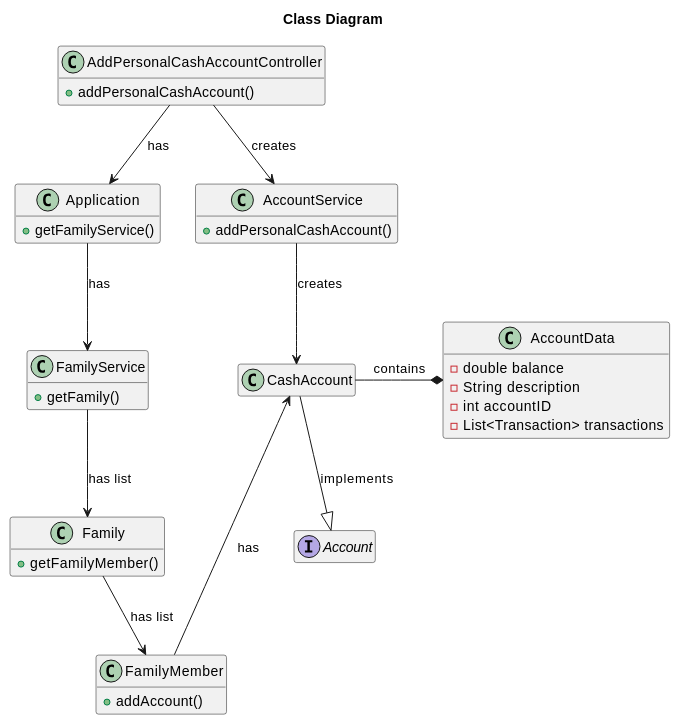
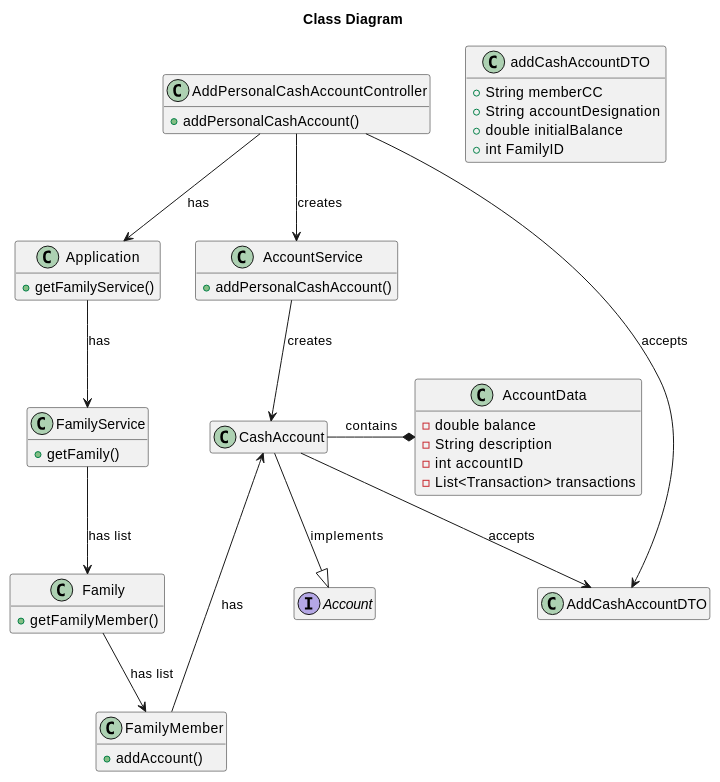
The third of 3 diagrams in docs/sprint2/user_stories/US170_CreatePersonalCashAccount.md (tomas-osswald/switch_2020_g3), drawn with PlantUML before and after one commit. The commit also changed other lines of this file and 1 other file, not shown here.

````diff
--- a/docs/sprint2/user_stories/US170_CreatePersonalCashAccount.md
+++ b/docs/sprint2/user_stories/US170_CreatePersonalCashAccount.md
@@ -143,55 +148,63 @@
 ```puml
 @startuml
 
 title Class Diagram
 hide empty members
 
 class AddPersonalCashAccountController {
 + addPersonalCashAccount()
 }
+class addCashAccountDTO {
++ String memberCC
++ String accountDesignation
++ double initialBalance
++ int FamilyID
 
+}
 class CashAccount {
 }
 
 class Application {
 + getFamilyService()
 }
 
 class FamilyService {
 + getFamily()
 }
 
 class Family {
 + getFamilyMember()
 }
 
 class FamilyMember {
 + addAccount()
 }
 
 class AccountService {
 + addPersonalCashAccount()
 }
 
 class AccountData {
 - double balance
 - String description
 - int accountID
 - List<Transaction> transactions
 }
 
 
 interface Account {}
 
 AddPersonalCashAccountController --> Application : has
+AddPersonalCashAccountController --> AddCashAccountDTO : accepts
+CashAccount --> AddCashAccountDTO : accepts
 Application --> FamilyService : has
 FamilyService --> Family : has list
 Family --> FamilyMember : has list
 AddPersonalCashAccountController --> AccountService : creates
 AccountService --> CashAccount : creates
 CashAccount --|> Account : implements
 CashAccount -* AccountData : contains
 CashAccount <-- FamilyMember : has
 
 @enduml
 ```
````
